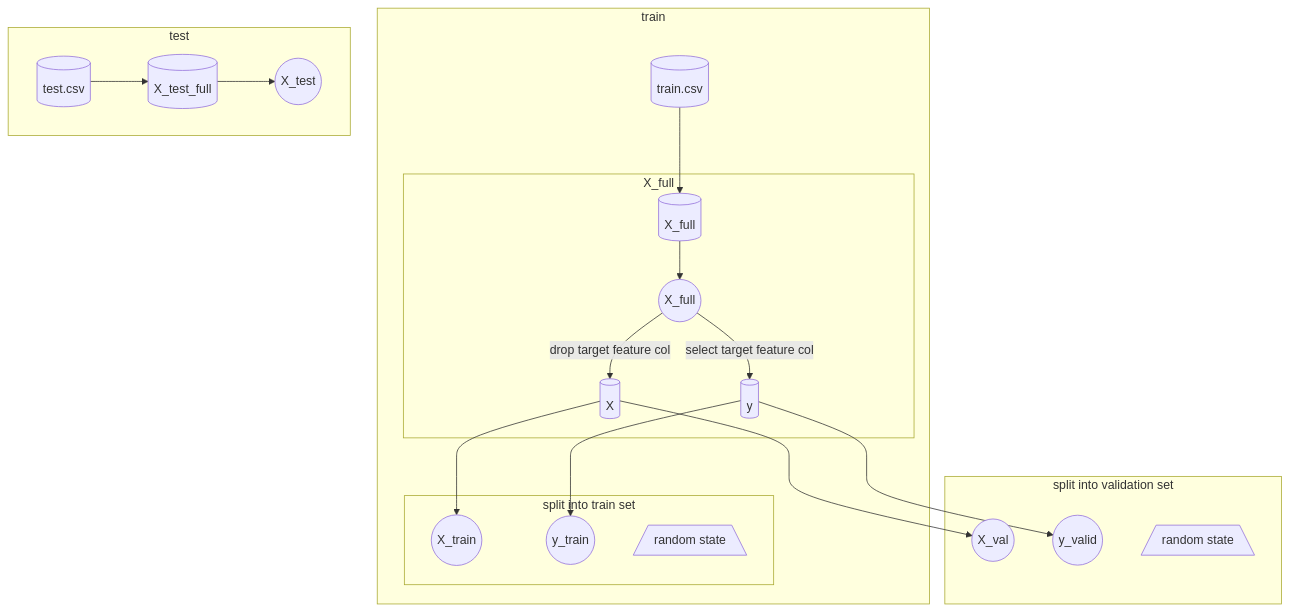
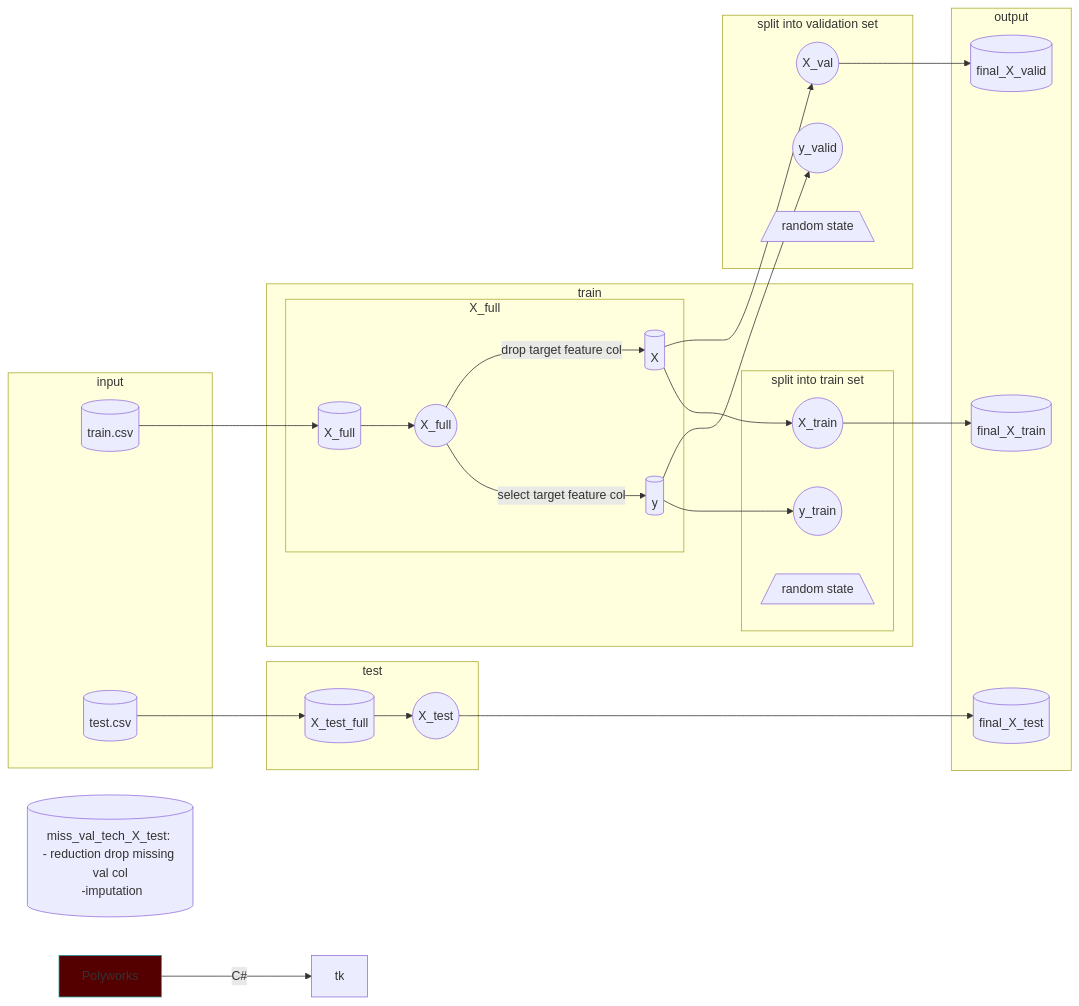
The second of 2 diagrams in ml_flow.md (patmejia/kaggle_ml), drawn with Mermaid before and after one commit. The commit also changed other lines of this file, not shown here.

````diff
--- a/ml_flow.md
+++ b/ml_flow.md
@@ -77,44 +94,60 @@
 ```mermaid
-graph TD
+graph LR
     id1[(train.csv)]
     id2[(test.csv)]
     id3[(X_full)]
     id3_1((X_full))
     id4[(X_test_full)]
     id5[(y)]
     id6((X_test))
     id7[(X)]
     id9((X_train))
     id10((X_val))
     id11((y_train))
     id12((y_valid))
+    id13[(miss_val_tech_X_test: </br>- reduction drop missing val col</br> -imputation)]
+    id14[(final_X_train)]
+    id15[(final_X_valid)]
+    id16[(final_X_test)]
 
     random_state1[/random state\]
     random_state2[/random state\]
 
+  classDef state fill:#500,stroke:#299,stroke-width:1px;
+    poly[Polyworks] -->|C#| tk
+    class poly state;
 
+subgraph input
+    id1
+    id2
+end
     subgraph train
     id1 --> id3
         subgraph X_full
         id3 --> id3_1
         id3_1 -- select target feature col--> id5
         id3_1 -- drop target feature col --> id7
         end
 
         subgraph split into train set
         random_state1
         id7 --> id9
         id5 --> id11
     end
         end
         subgraph split into validation set
         random_state2
         id7 --> id10
         id5 --> id12
         end
 
     subgraph test
     id2 --> id4
     id4 --> id6
     end
+subgraph output
+id10 --> id15
+id9 --> id14
+id6 --> id16
+end
 ```
````
